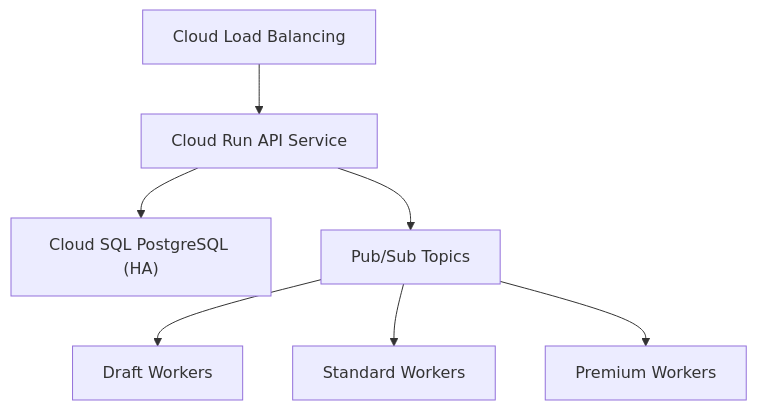
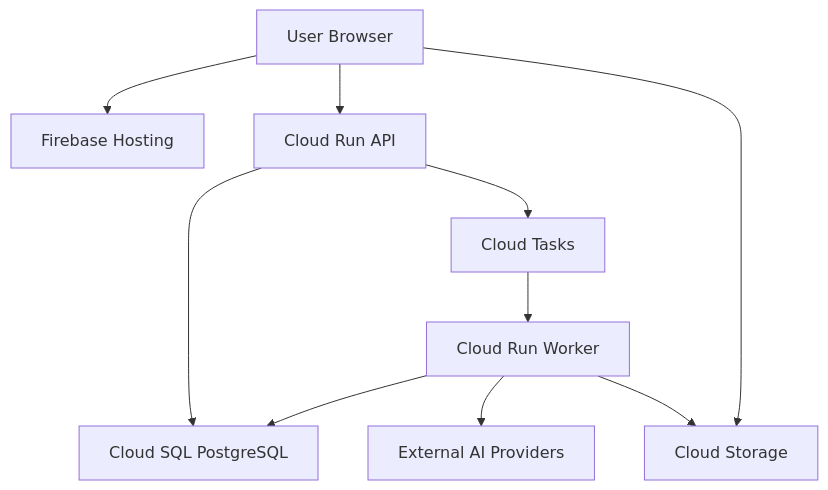
The second of 7 diagrams in requirements/Concept/infrastructure-gcloud.md (magicxeon/PromptForge), drawn with Mermaid before and after one commit. The commit also changed other lines of this file, not shown here.

Commit message:
[Pun] Update Infrastructure Google Cloud

````diff
--- a/requirements/Concept/infrastructure-gcloud.md
+++ b/requirements/Concept/infrastructure-gcloud.md
@@ -179,10 +285,12 @@
 ```mermaid
 flowchart TD
-    ALB["Cloud Load Balancing"] --> API["Cloud Run API Service"]
-    API --> RDS["Cloud SQL PostgreSQL (HA)"]
-    API --> Q["Pub/Sub Topics"]
-    Q --> WD["Draft Workers"]
-    Q --> WS["Standard Workers"]
-    Q --> WP["Premium Workers"]
-
+    U["User Browser"] --> FH["Firebase Hosting"]
+    U --> API["Cloud Run API"]
+    API --> SQL["Cloud SQL PostgreSQL"]
+    API --> CT["Cloud Tasks"]
+    CT --> WK["Cloud Run Worker"]
+    WK --> AI["External AI Providers"]
+    WK --> CS["Cloud Storage"]
+    WK --> SQL
+    U --> CS
 ```
````
